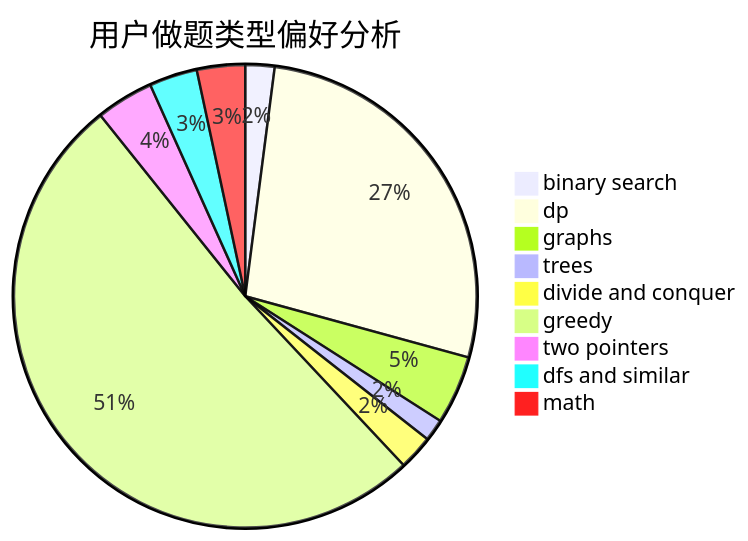
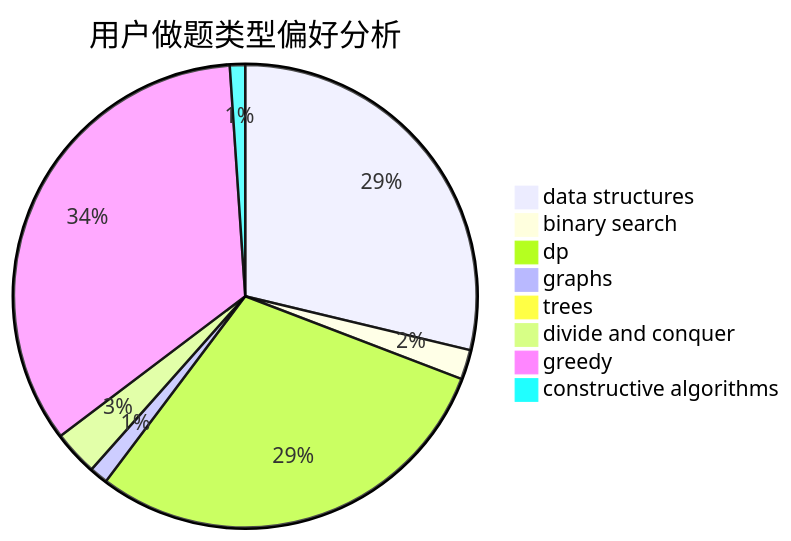
One commit to sherpahu/cfrs.github.io changed the second of 3 diagrams in docs/user/u1957.md. Above: the diagram before and after it, drawn with Mermaid. The commit also changed other lines of this file and 2775 other files, not shown here.

````diff
--- a/docs/user/u1957.md
+++ b/docs/user/u1957.md
@@ -23,12 +23,11 @@
 ```mermaid
 pie title 用户做题类型偏好分析
-    "binary search" :  37
-    "dp" :  494
-    "graphs" :  87
-    "trees" :  28
+    "data structures" :  403
+    "binary search" :  29
+    "dp" :  413
+    "graphs" :  18
+    "trees" :  7
     "divide and conquer" :  44
-    "greedy" :  930
-    "two pointers" :  73
-    "dfs and similar" :  61
-    "math" :  61
+    "greedy" :  480
+    "constructive algorithms" :  15
 ```
````
